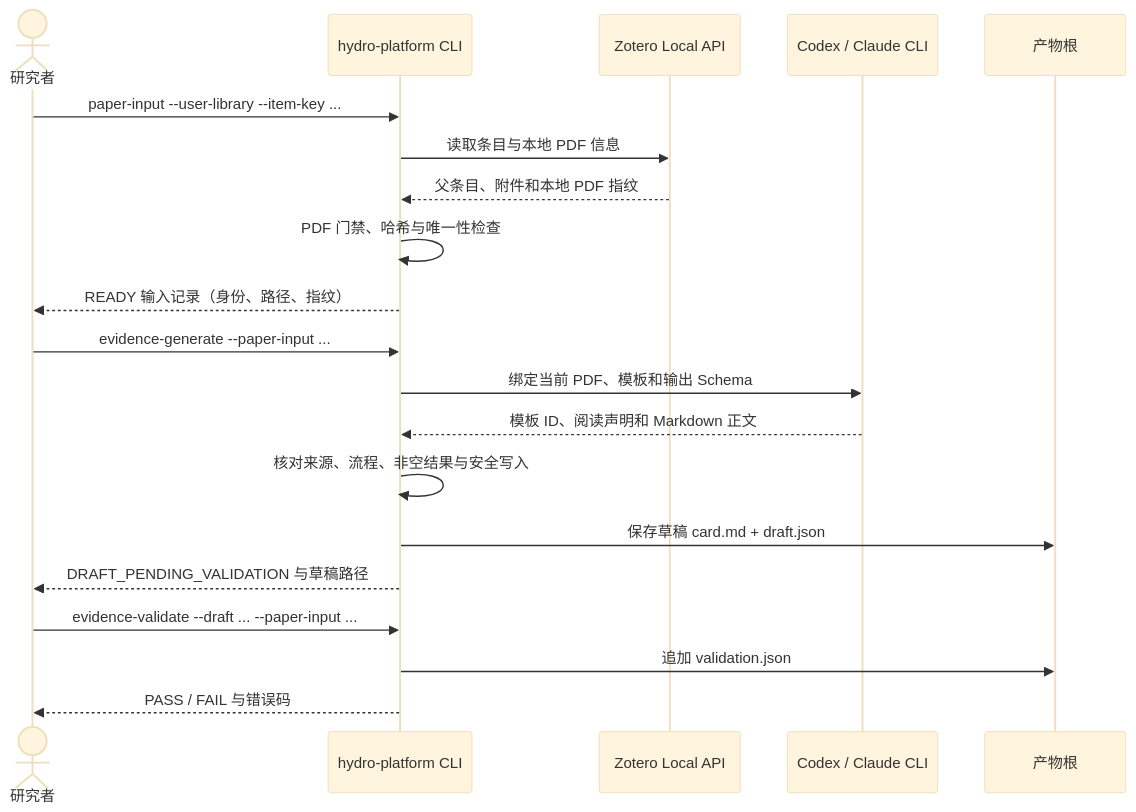
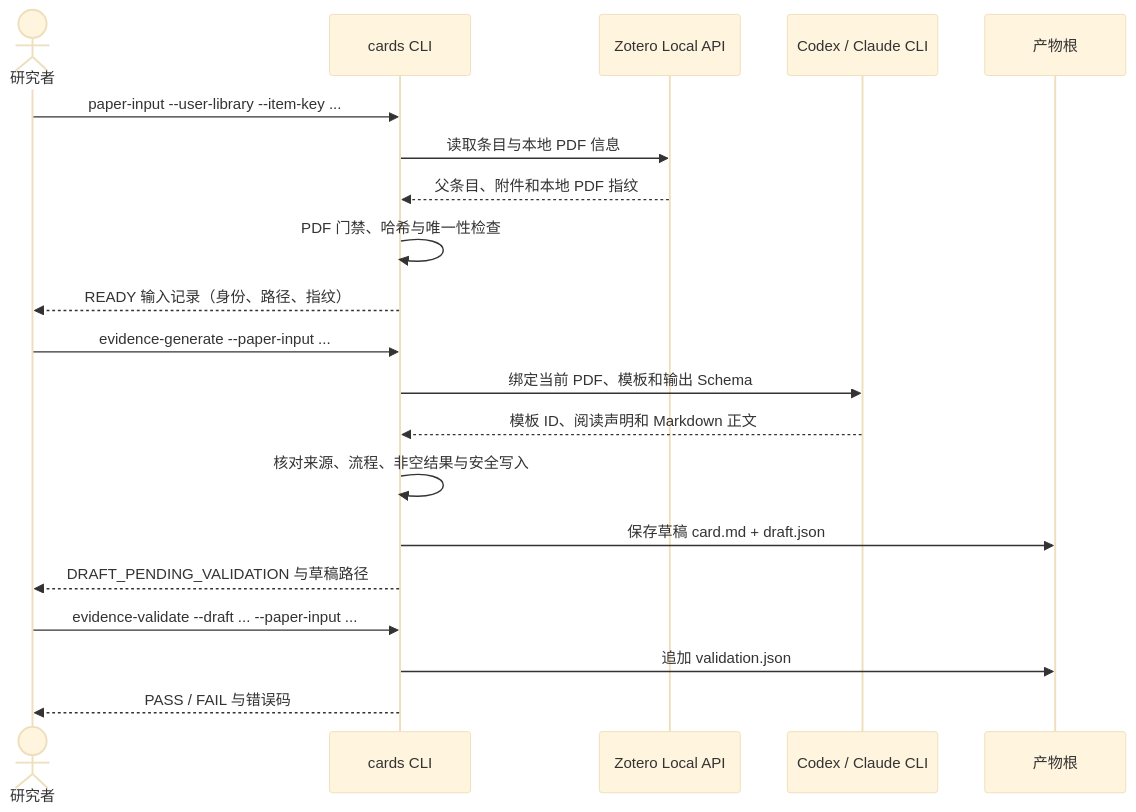
The first of 2 diagrams in docs/development/platform/flows.md (iHeadWater/mylibrary), drawn with Mermaid (base theme) before and after one commit. The commit also changed 17 other files, not shown here.

````diff
--- a/docs/development/platform/flows.md
+++ b/docs/development/platform/flows.md
@@ -7,23 +7,23 @@
 ```mermaid
 sequenceDiagram
     actor User as 研究者
-    participant CLI as hydro-platform CLI
+    participant CLI as cards CLI
     participant Zotero as Zotero Local API
     participant Model as Codex / Claude CLI
     participant Artifacts as 产物根
 
     User->>CLI: paper-input --user-library --item-key ...
     CLI->>Zotero: 读取条目与本地 PDF 信息
     Zotero-->>CLI: 父条目、附件和本地 PDF 指纹
     CLI->>CLI: PDF 门禁、哈希与唯一性检查
     CLI-->>User: READY 输入记录（身份、路径、指纹）
     User->>CLI: evidence-generate --paper-input ...
     CLI->>Model: 绑定当前 PDF、模板和输出 Schema
     Model-->>CLI: 模板 ID、阅读声明和 Markdown 正文
     CLI->>CLI: 核对来源、流程、非空结果与安全写入
     CLI->>Artifacts: 保存草稿 card.md + draft.json
     CLI-->>User: DRAFT_PENDING_VALIDATION 与草稿路径
     User->>CLI: evidence-validate --draft ... --paper-input ...
     CLI->>Artifacts: 追加 validation.json
     CLI-->>User: PASS / FAIL 与错误码
 ```
````
